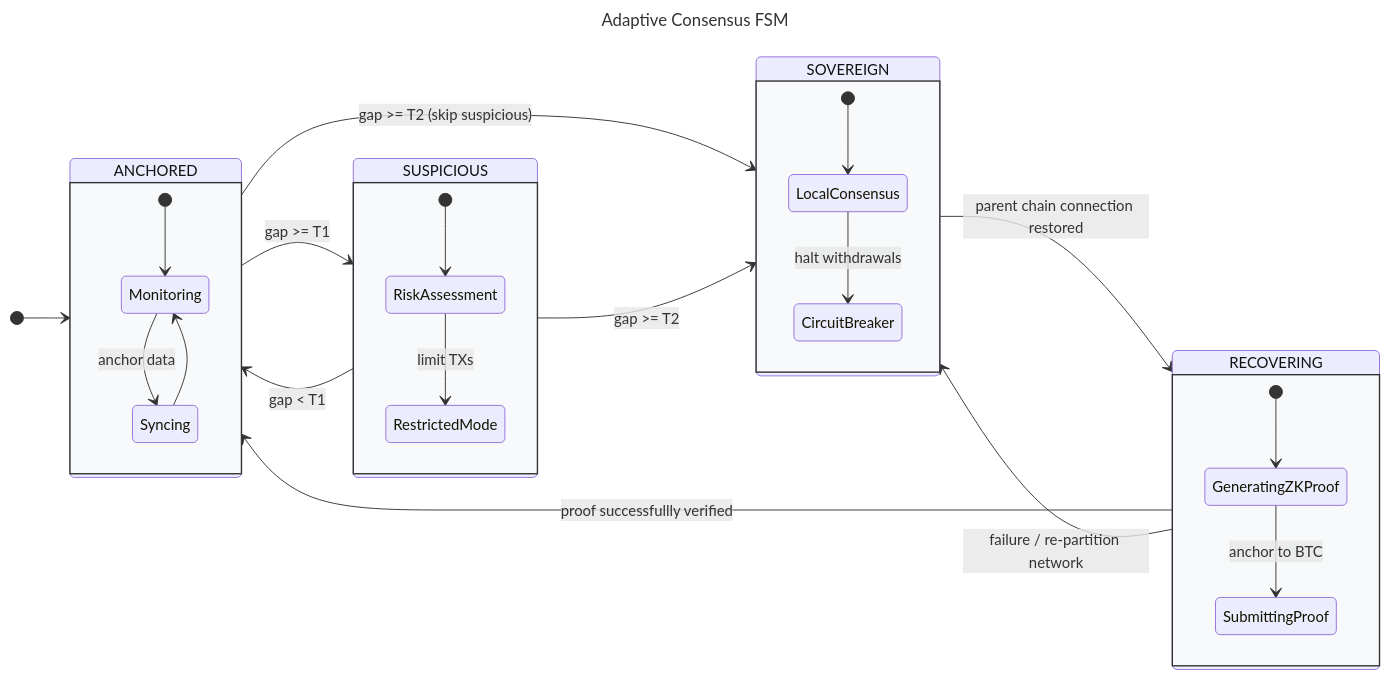
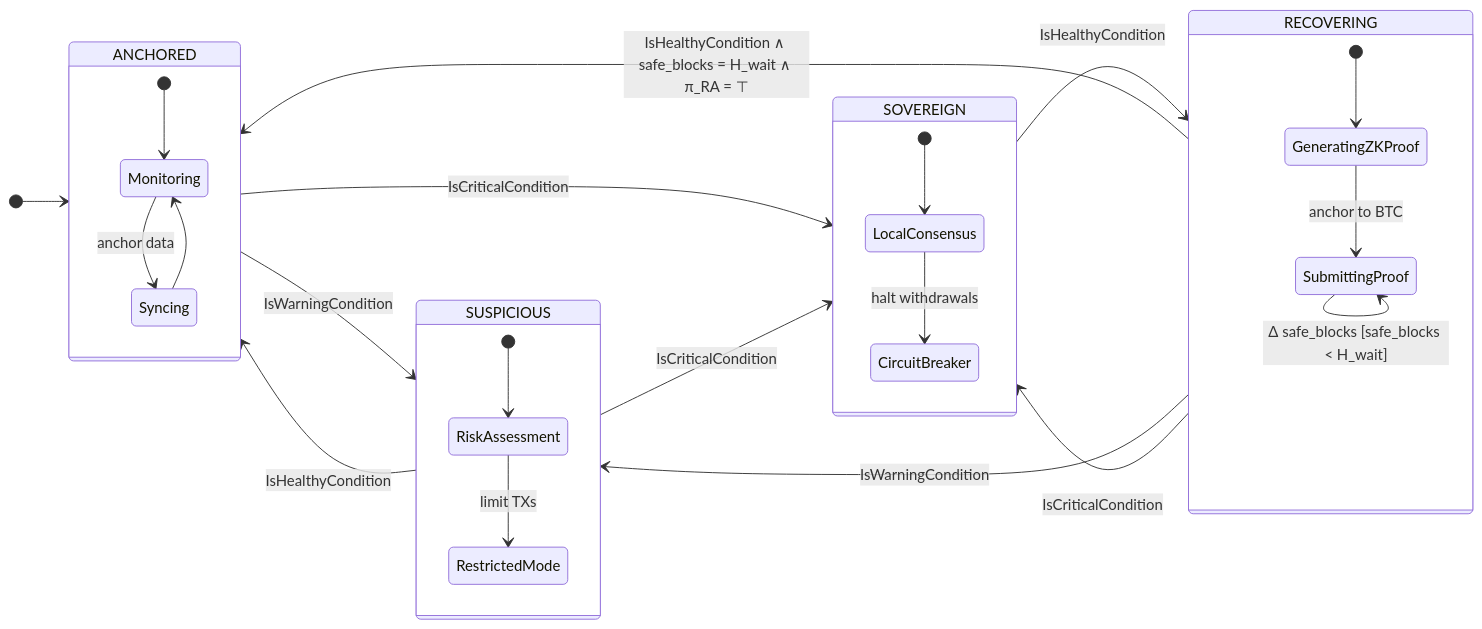
The diagram in docs/spec/README.md (cuongct220020/engram-sovereign-fsm), drawn with Mermaid before and after one commit. The commit also changed other lines of this file, not shown here.

Commit message:
docs: update high-level fsm formal spec report

````diff
--- a/docs/spec/README.md
+++ b/docs/spec/README.md
@@ -102,55 +202,40 @@
 ```mermaid
---- 
-title: Adaptive Consensus FSM
----
 stateDiagram-v2
     direction LR
 
-    classDef main fill:#F8F9FA,stroke:#333,stroke-width:1.5px,color:#111
-
-    state "ANCHORED" as ANCHORED
-    state "SUSPICIOUS" as SUSPICIOUS
-    state "SOVEREIGN" as SOVEREIGN
-    state "RECOVERING" as RECOVERING
-
     [*] --> ANCHORED
 
-    %% ANCHORED
     state ANCHORED {
         [*] --> Monitoring
         Monitoring --> Syncing : anchor data
         Syncing --> Monitoring
     }
 
-    %% SUSPICIOUS
     state SUSPICIOUS {
         [*] --> RiskAssessment
         RiskAssessment --> RestrictedMode : limit TXs
     }
 
-    %% SOVEREIGN
     state SOVEREIGN {
         [*] --> LocalConsensus
         LocalConsensus --> CircuitBreaker : halt withdrawals
     }
 
-    %% RECOVERING
     state RECOVERING {
         [*] --> GeneratingZKProof
         GeneratingZKProof --> SubmittingProof : anchor to BTC
+        SubmittingProof --> SubmittingProof : Δ safe_blocks [safe_blocks < H_wait]
     }
 
-    %% TRANSITIONS
-    ANCHORED --> SUSPICIOUS : gap >= T1
-    ANCHORED --> SOVEREIGN : gap >= T2 (skip suspicious)
+    ANCHORED --> SUSPICIOUS : IsWarningCondition
+    ANCHORED --> SOVEREIGN  : IsCriticalCondition
 
-    SUSPICIOUS --> ANCHORED : gap < T1
-    SUSPICIOUS --> SOVEREIGN : gap >= T2
+    SUSPICIOUS --> ANCHORED  : IsHealthyCondition
+    SUSPICIOUS --> SOVEREIGN : IsCriticalCondition
 
-    SOVEREIGN --> RECOVERING : parent chain connection restored
+    SOVEREIGN --> RECOVERING : IsHealthyCondition
 
-    RECOVERING --> ANCHORED : proof successfullly verified
-    RECOVERING --> SOVEREIGN : failure / re-partition network
-
-    class ANCHORED,SUSPICIOUS,SOVEREIGN,RECOVERING main
+    RECOVERING --> ANCHORED   : IsHealthyCondition ∧ safe_blocks = H_wait ∧ π_RA = ⊤
+    RECOVERING --> SUSPICIOUS : IsWarningCondition
+    RECOVERING --> SOVEREIGN  : IsCriticalCondition
 ```
````
